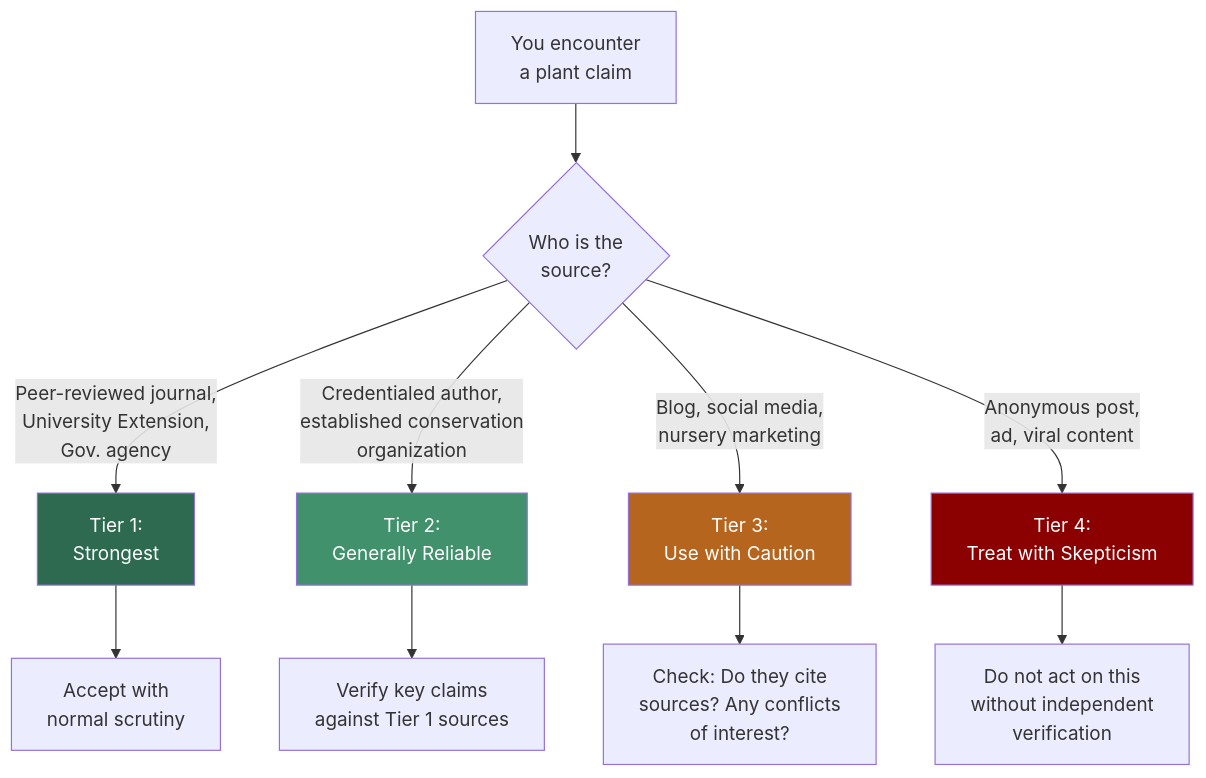
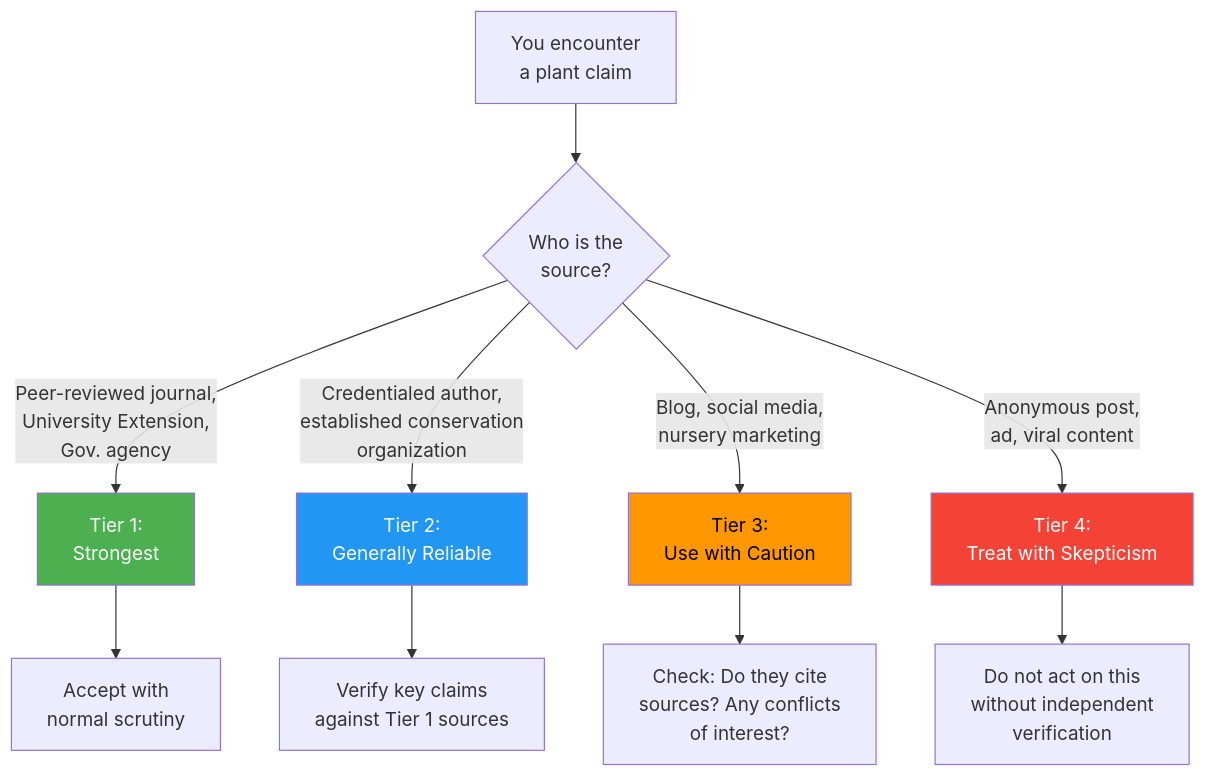
Before and after one commit to arunbatchu/minnesota-native-plants: the first of 2 diagrams in docs/chapters/16-critical-thinking-misinfo/index.md, drawn with Mermaid. The commit also changed other lines of this file and 10 other files, not shown here.

First line of the commit message:
Fix Mermaid diagram colors for accessibility — high contrast palette

````diff
--- a/docs/chapters/16-critical-thinking-misinfo/index.md
+++ b/docs/chapters/16-critical-thinking-misinfo/index.md
@@ -111,19 +111,19 @@
 ```mermaid
 flowchart TD
     A["You encounter<br>a plant claim"] --> B{"Who is the<br>source?"}
 
     B -->|"Peer-reviewed journal,<br>University Extension,<br>Gov. agency"| T1["Tier 1:<br>Strongest"]
     B -->|"Credentialed author,<br>established conservation<br>organization"| T2["Tier 2:<br>Generally Reliable"]
     B -->|"Blog, social media,<br>nursery marketing"| T3["Tier 3:<br>Use with Caution"]
     B -->|"Anonymous post,<br>ad, viral content"| T4["Tier 4:<br>Treat with Skepticism"]
 
     T1 --> C1["Accept with<br>normal scrutiny"]
     T2 --> C2["Verify key claims<br>against Tier 1 sources"]
     T3 --> C3["Check: Do they cite<br>sources? Any conflicts<br>of interest?"]
     T4 --> C4["Do not act on this<br>without independent<br>verification"]
 
-    style T1 fill:#2d6a4f,color:#fff
-    style T2 fill:#40916c,color:#fff
-    style T3 fill:#b5651d,color:#fff
-    style T4 fill:#8b0000,color:#fff
+    style T1 fill:#4CAF50,color:#fff
+    style T2 fill:#2196F3,color:#fff
+    style T3 fill:#FF9800,color:#000
+    style T4 fill:#F44336,color:#fff
 ```
````
